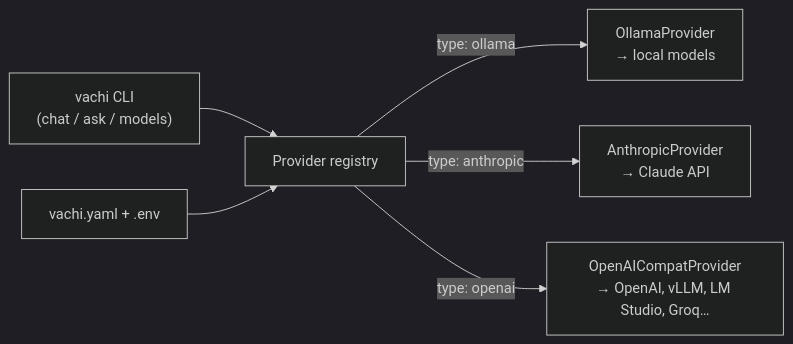
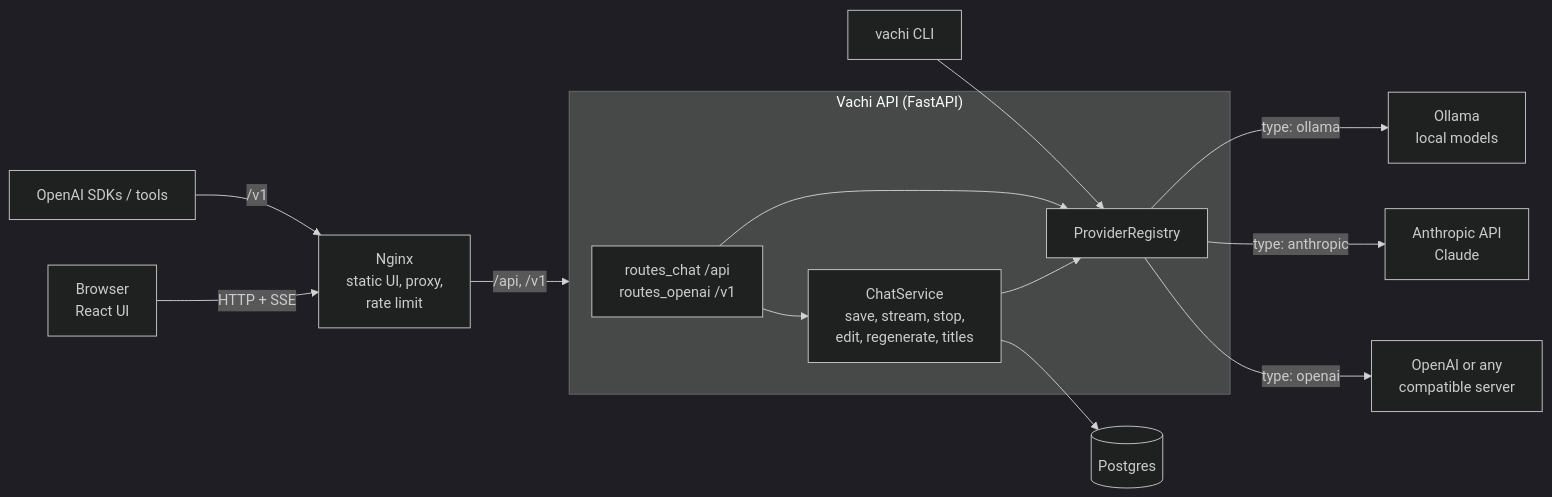
Before and after one commit to asingh5535/DevOps: the first of 2 diagrams in Vachimodel/README.md, drawn with Mermaid (dark theme). The commit also changed other lines of this file and 47 other files, not shown here.

First line of the commit message:
Vachi Phase 2: web API, chat UI, Docker Compose, and LLM explainer README

````diff
--- a/Vachimodel/README.md
+++ b/Vachimodel/README.md
@@ -50,8 +173,16 @@
 ```mermaid
 flowchart LR
-    CLI["vachi CLI<br/>(chat / ask / models)"] --> Registry["Provider registry"]
-    Config["vachi.yaml + .env"] --> Registry
-    Registry -->|"type: ollama"| Ollama["OllamaProvider<br/>→ local models"]
-    Registry -->|"type: anthropic"| Anthropic["AnthropicProvider<br/>→ Claude API"]
-    Registry -->|"type: openai"| OpenAI["OpenAICompatProvider<br/>→ OpenAI, vLLM, LM Studio, Groq…"]
+    Browser["Browser<br/>React UI"] -->|HTTP + SSE| Nginx
+    Tools["OpenAI SDKs / tools"] -->|/v1| Nginx
+    Nginx["Nginx<br/>static UI, proxy,<br/>rate limit"] -->|/api, /v1| API
+    subgraph API["Vachi API (FastAPI)"]
+        Routes["routes_chat /api<br/>routes_openai /v1"] --> Service["ChatService<br/>save, stream, stop,<br/>edit, regenerate, titles"]
+        Service --> Registry["ProviderRegistry"]
+        Routes --> Registry
+    end
+    Service --> DB[("Postgres")]
+    Registry -->|type: ollama| Ollama["Ollama<br/>local models"]
+    Registry -->|type: anthropic| Anthropic["Anthropic API<br/>Claude"]
+    Registry -->|type: openai| OpenAI["OpenAI or any<br/>compatible server"]
+    CLI["vachi CLI"] --> Registry
 ```
````
